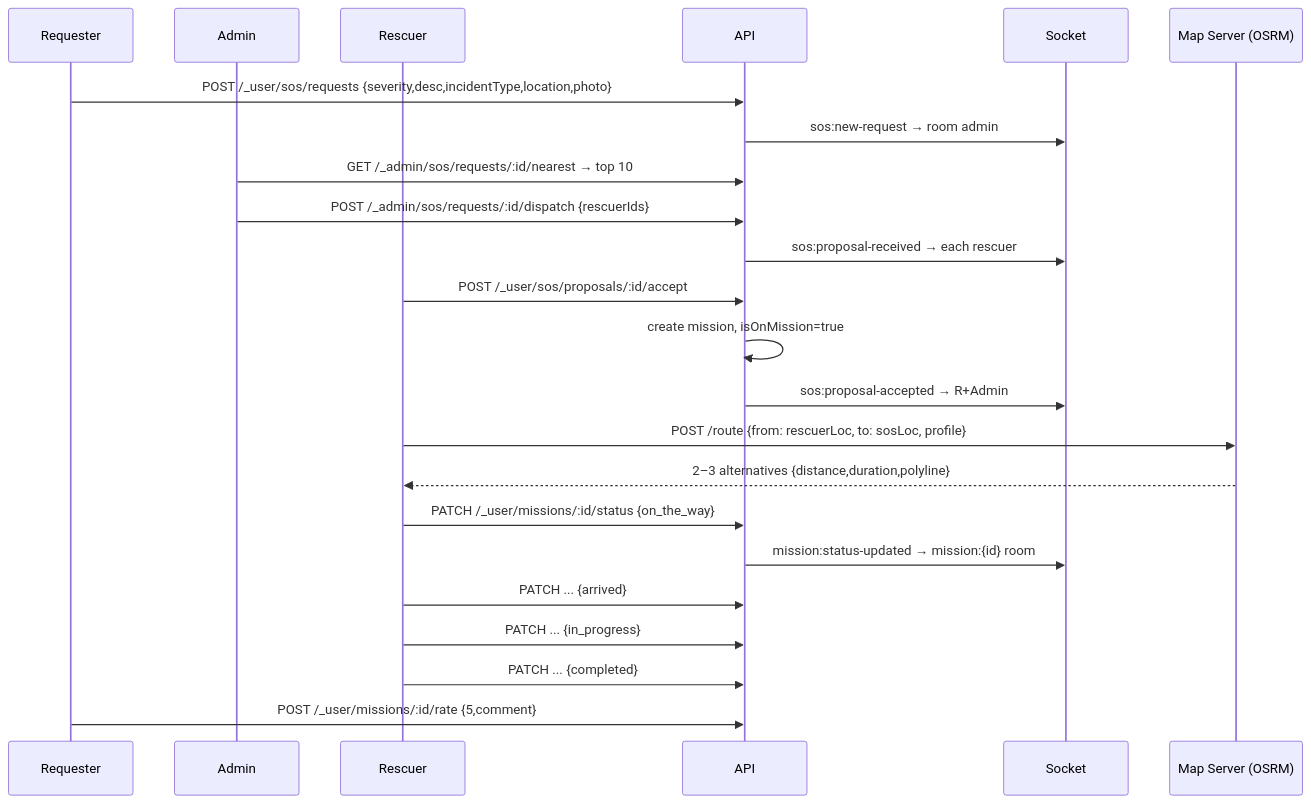
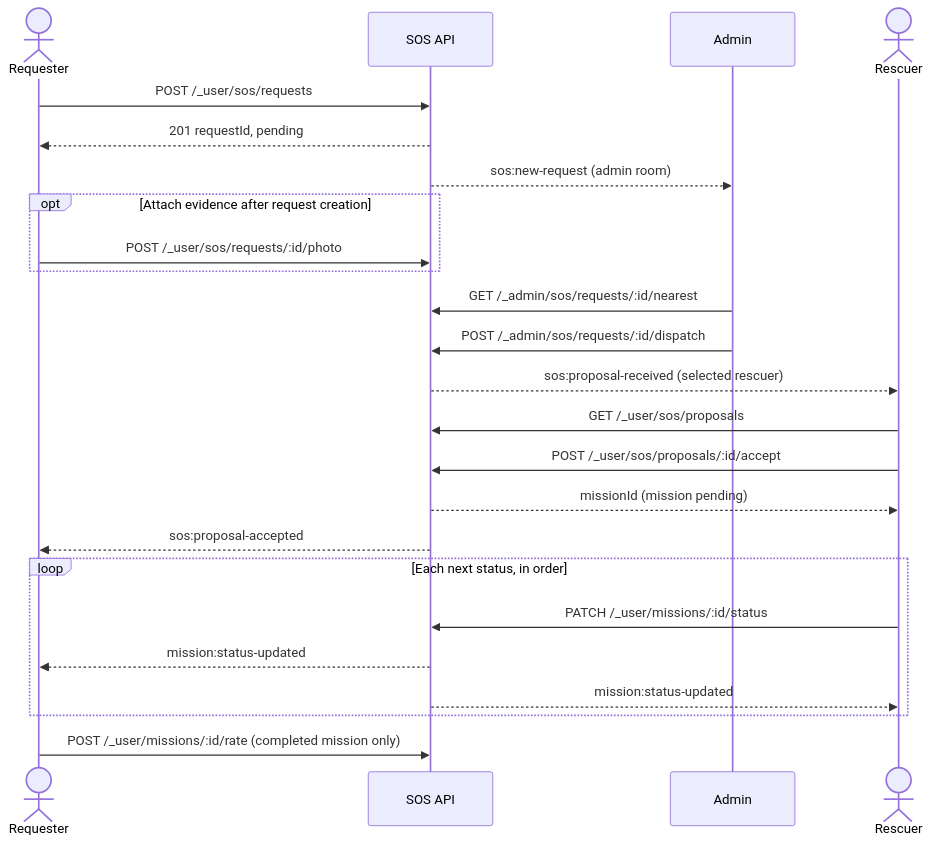
The second of 4 diagrams in docs/DIAGRAMS/SOS_FLOW.md (komeilm76/borobiya), drawn with Mermaid before and after one commit. The commit also changed other lines of this file and 4 other files, not shown here.

Commit message:
Align SOS lifecycle diagrams with implemented status contracts

````diff
--- a/docs/DIAGRAMS/SOS_FLOW.md
+++ b/docs/DIAGRAMS/SOS_FLOW.md
@@ -36,25 +48,26 @@
 ```mermaid
 sequenceDiagram
-  participant R as Requester
+  actor Requester
+  participant API as SOS API
   participant Admin
-  participant Rescuer
-  participant API
-  participant Socket
-  participant Map as Map Server (OSRM)
-  R->>API: POST /_user/sos/requests {severity,desc,incidentType,location,photo}
-  API->>Socket: sos:new-request → room admin
-  Admin->>API: GET /_admin/sos/requests/:id/nearest → top 10
-  Admin->>API: POST /_admin/sos/requests/:id/dispatch {rescuerIds}
-  API->>Socket: sos:proposal-received → each rescuer
+  actor Rescuer
+  Requester->>API: POST /_user/sos/requests
+  API-->>Requester: 201 requestId, pending
+  API-->>Admin: sos:new-request (admin room)
+  opt Attach evidence after request creation
+    Requester->>API: POST /_user/sos/requests/:id/photo
+  end
+  Admin->>API: GET /_admin/sos/requests/:id/nearest
+  Admin->>API: POST /_admin/sos/requests/:id/dispatch
+  API-->>Rescuer: sos:proposal-received (selected rescuer)
+  Rescuer->>API: GET /_user/sos/proposals
   Rescuer->>API: POST /_user/sos/proposals/:id/accept
-  API->>API: create mission, isOnMission=true
-  API->>Socket: sos:proposal-accepted → R+Admin
-  Rescuer->>Map: POST /route {from: rescuerLoc, to: sosLoc, profile}
-  Map-->>Rescuer: 2–3 alternatives {distance,duration,polyline}
-  Rescuer->>API: PATCH /_user/missions/:id/status {on_the_way}
-  API->>Socket: mission:status-updated → mission:{id} room
-  Rescuer->>API: PATCH ... {arrived}
-  Rescuer->>API: PATCH ... {in_progress}
-  Rescuer->>API: PATCH ... {completed}
-  R->>API: POST /_user/missions/:id/rate {5,comment}
+  API-->>Rescuer: missionId (mission pending)
+  API-->>Requester: sos:proposal-accepted
+  loop Each next status, in order
+    Rescuer->>API: PATCH /_user/missions/:id/status
+    API-->>Requester: mission:status-updated
+    API-->>Rescuer: mission:status-updated
+  end
+  Requester->>API: POST /_user/missions/:id/rate (completed mission only)
 ```
````
